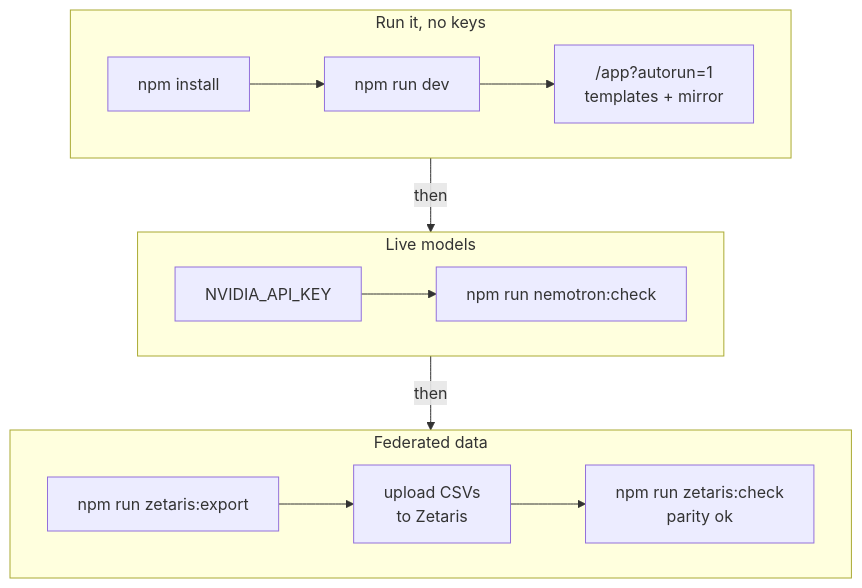
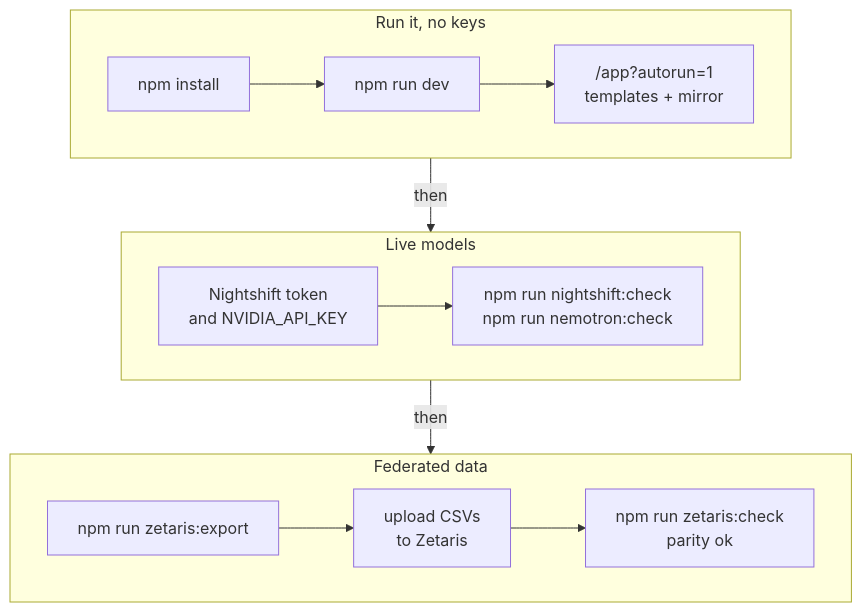
Before and after one commit to NetLayerLabs/Traceon: the seventh of 7 diagrams in README.md, drawn with Mermaid. The commit also changed other lines of this file and 18 other files, not shown here.

````diff
--- a/README.md
+++ b/README.md
@@ -267,16 +271,16 @@
 ```mermaid
 flowchart TB
   subgraph S1["Run it, no keys"]
     direction LR
     A["npm install"] --> B["npm run dev"] --> C["/app?autorun=1<br/>templates + mirror"]
   end
   subgraph S2["Live models"]
     direction LR
-    D["NVIDIA_API_KEY"] --> E["npm run nemotron:check"]
+    D["Nightshift token<br/>and NVIDIA_API_KEY"] --> E["npm run nightshift:check<br/>npm run nemotron:check"]
   end
   subgraph S3["Federated data"]
     direction LR
     F["npm run zetaris:export"] --> G["upload CSVs<br/>to Zetaris"] --> H["npm run zetaris:check<br/>parity ok"]
   end
   S1 -- "then" --> S2 -- "then" --> S3
 ```
````
